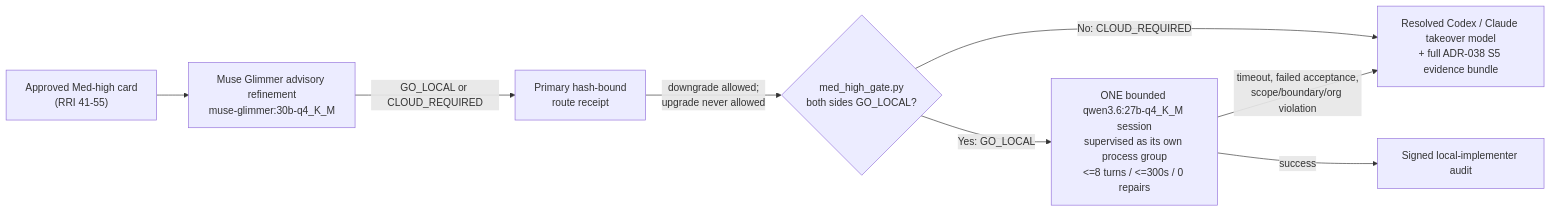
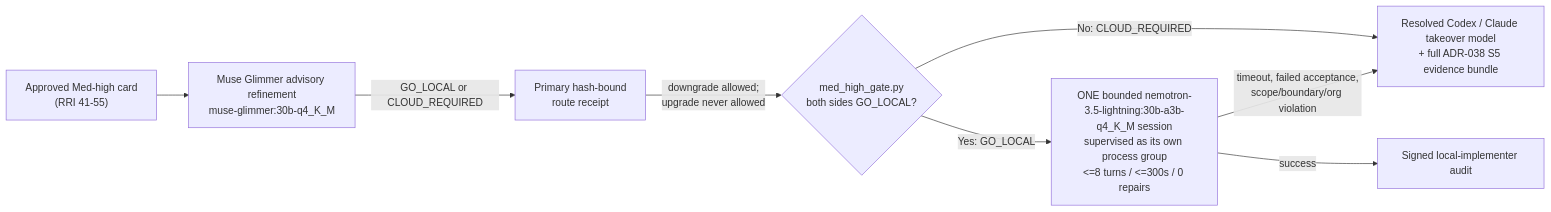
Before and after one commit to krukmat/dubbridge: the diagram in AGENTS.override.md, drawn with Mermaid. The commit also changed other lines of this file and 9 other files, not shown here.

First line of the commit message:
ADR-036 Amendment 3: rebind local implementer to Nemotron-3.5-Lightning-30B

````diff
--- a/AGENTS.override.md
+++ b/AGENTS.override.md
@@ -680,10 +680,10 @@
 ```mermaid
 flowchart LR
     Card["Approved Med-high card\n(RRI 41-55)"] --> Glimmer["Muse Glimmer advisory refinement\nmuse-glimmer:30b-q4_K_M"]
     Glimmer -->|GO_LOCAL or CLOUD_REQUIRED| Receipt["Primary hash-bound\nroute receipt"]
     Receipt -->|"downgrade allowed;\nupgrade never allowed"| Gate{"med_high_gate.py\nboth sides GO_LOCAL?"}
     Gate -->|No: CLOUD_REQUIRED| Cloud["Resolved Codex / Claude takeover model\n+ full ADR-038 S5 evidence bundle"]
-    Gate -->|Yes: GO_LOCAL| Runner["ONE bounded qwen3.6:27b-q4_K_M session\nsupervised as its own process group\n<=8 turns / <=300s / 0 repairs"]
+    Gate -->|Yes: GO_LOCAL| Runner["ONE bounded nemotron-3.5-lightning:30b-a3b-q4_K_M session\nsupervised as its own process group\n<=8 turns / <=300s / 0 repairs"]
     Runner -->|success| Done["Signed local-implementer audit"]
     Runner -->|timeout, failed acceptance,\nscope/boundary/org violation| Cloud
 ```
````
